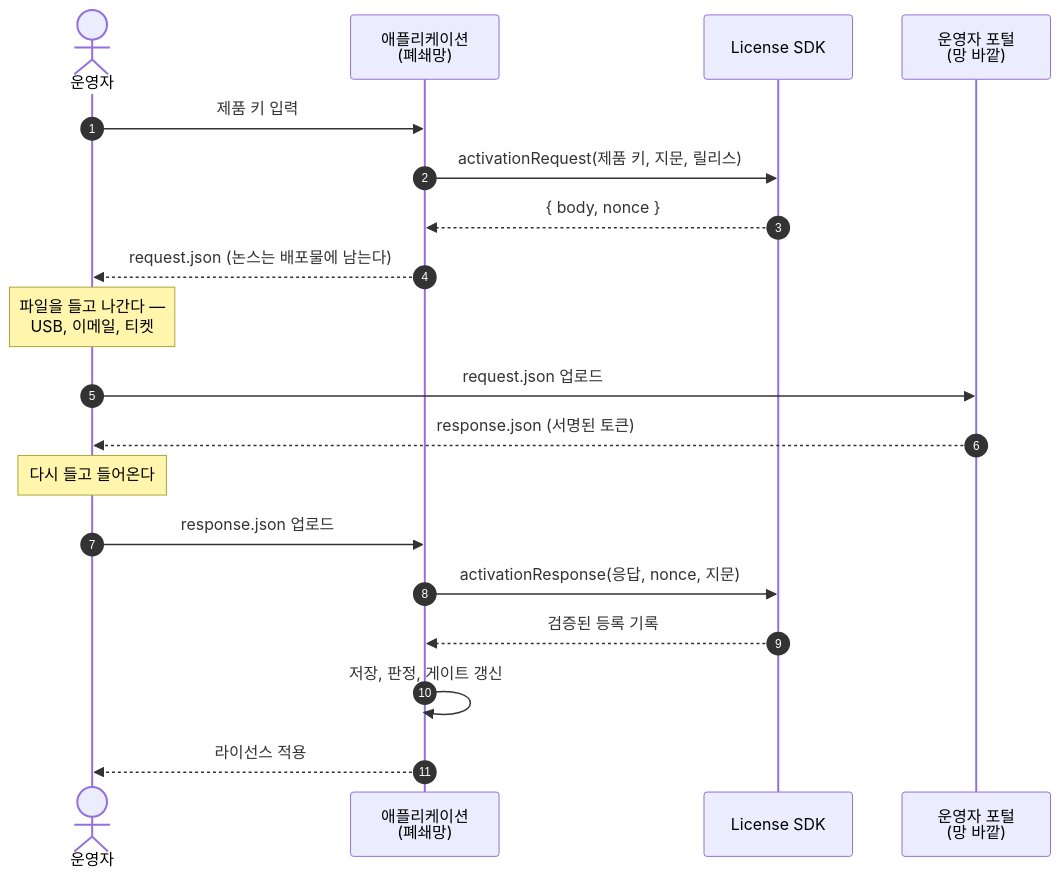
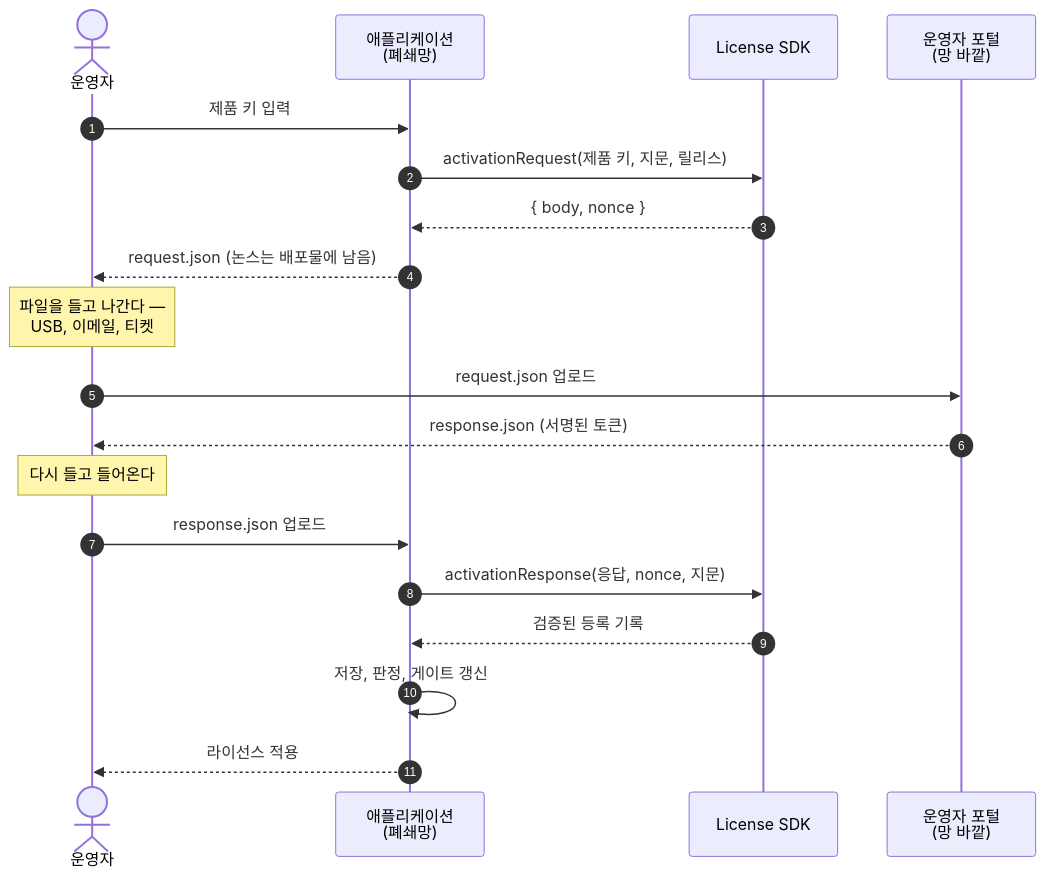
The second of 7 diagrams in docs/manual/ko/concepts.md (accesscore-dev/accesscore-license-sdk-dist), drawn with Mermaid before and after one commit. The commit also changed other lines of this file and 5 other files, not shown here.

````diff
--- a/docs/manual/ko/concepts.md
+++ b/docs/manual/ko/concepts.md
@@ -105,24 +109,24 @@
 ```mermaid
 sequenceDiagram
     autonumber
     actor Op as 운영자
     participant App as 애플리케이션<br/>(폐쇄망)
     participant SDK as License SDK
     participant Portal as 운영자 포털<br/>(망 바깥)
 
     Op->>App: 제품 키 입력
     App->>SDK: activationRequest(제품 키, 지문, 릴리스)
     SDK-->>App: { body, nonce }
-    App-->>Op: request.json  (논스는 배포물에 남는다)
+    App-->>Op: request.json  (논스는 배포물에 남음)
     Note over Op: 파일을 들고 나간다 —<br/>USB, 이메일, 티켓
 
     Op->>Portal: request.json 업로드
     Portal-->>Op: response.json  (서명된 토큰)
     Note over Op: 다시 들고 들어온다
 
     Op->>App: response.json 업로드
     App->>SDK: activationResponse(응답, nonce, 지문)
     SDK-->>App: 검증된 등록 기록
     App->>App: 저장, 판정, 게이트 갱신
     App-->>Op: 라이선스 적용
 ```
````
